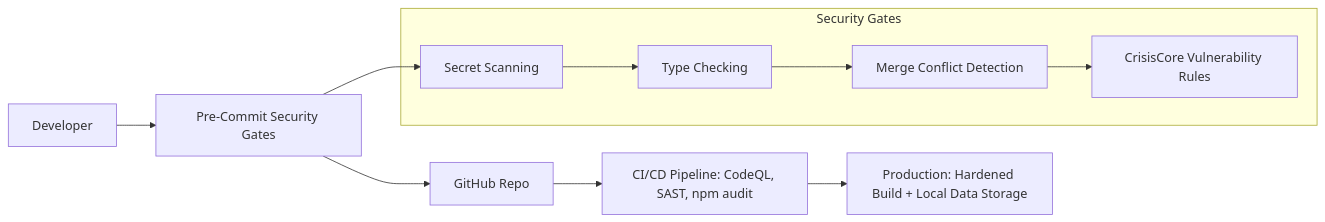
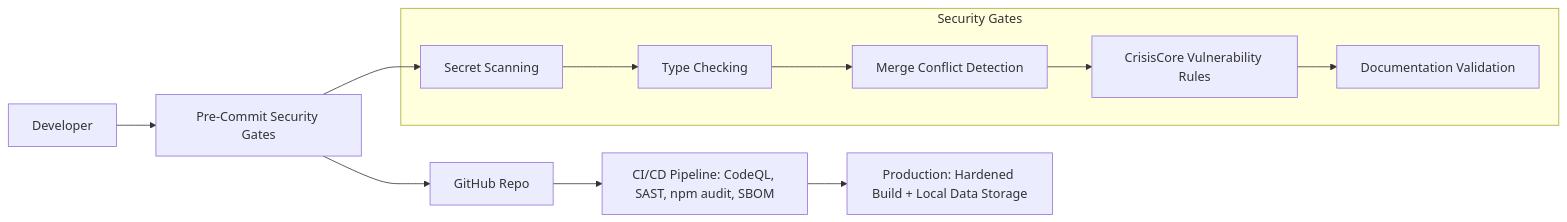
The second of 2 diagrams in README.md (CrisisCore-Systems/pain-tracker), drawn with Mermaid before and after one commit. The commit also changed other lines of this file and 34 other files, not shown here.

````diff
--- a/README.md
+++ b/README.md
@@ -60,16 +120,17 @@
 ```mermaid
 flowchart LR
   A[Developer] --> B[Pre-Commit Security Gates]
   B --> C[GitHub Repo]
-  C --> D[CI/CD Pipeline: CodeQL, SAST, npm audit]
+  C --> D[CI/CD Pipeline: CodeQL, SAST, npm audit, SBOM]
   D --> E[Production: Hardened Build + Local Data Storage]
 
   subgraph Security Gates
     B1[Secret Scanning]
     B2[Type Checking]
     B3[Merge Conflict Detection]
     B4[CrisisCore Vulnerability Rules]
+    B5[Documentation Validation]
   end
 
-  B --> B1 --> B2 --> B3 --> B4
+  B --> B1 --> B2 --> B3 --> B4 --> B5
 ```
````
